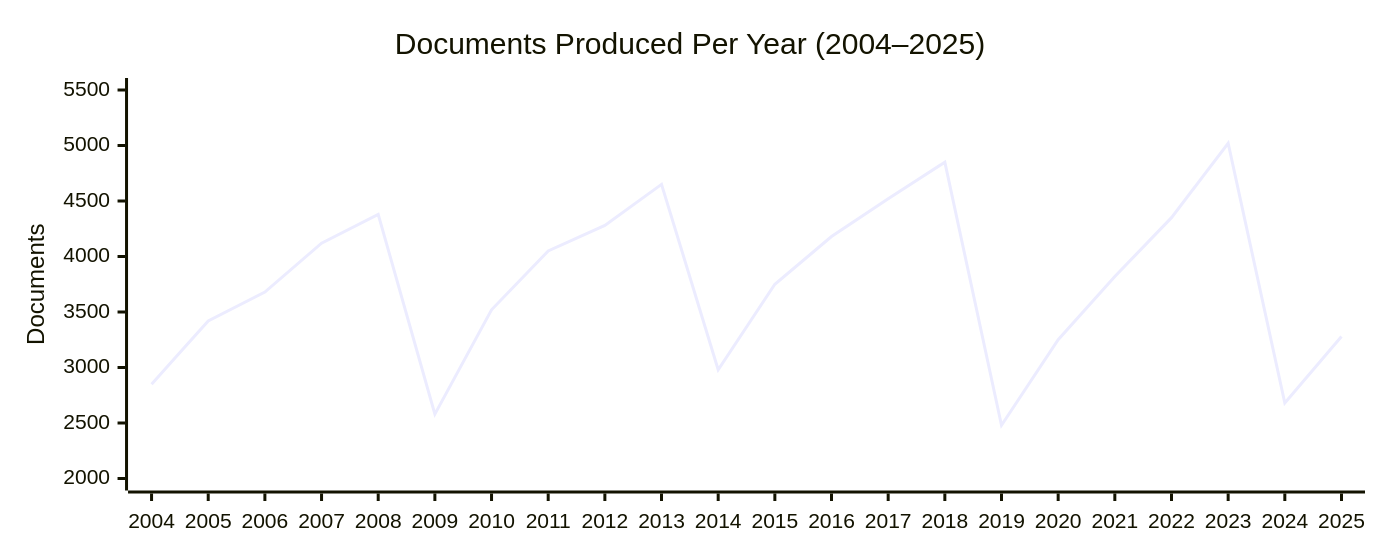
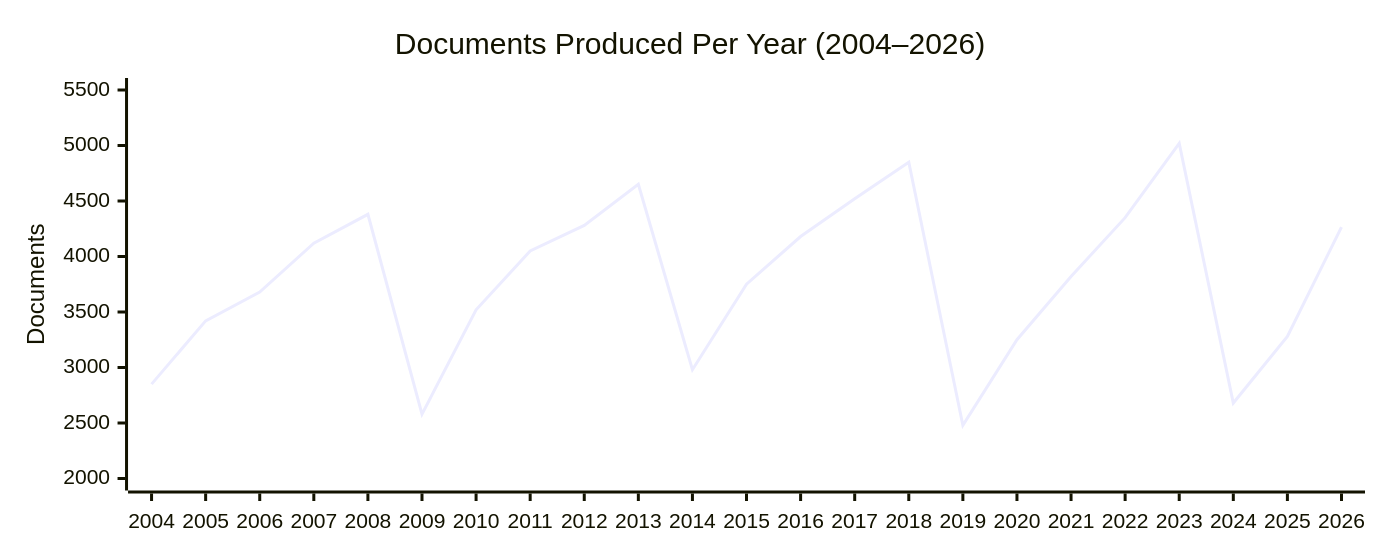
Before and after one commit to Hack23/European-Parliament-MCP-Server: diagram 19 of 21 in api-markdown/_media/EP_POLITICAL_LANDSCAPE.md, drawn with Mermaid. The commit also changed other lines of this file and 1437 other files, not shown here.

````diff
--- a/api-markdown/_media/EP_POLITICAL_LANDSCAPE.md
+++ b/api-markdown/_media/EP_POLITICAL_LANDSCAPE.md
@@ -483,13 +485,13 @@
 ```mermaid
 ---
 config:
   xyChart:
     width: 900
     height: 350
 ---
 xychart-beta
-    title "Documents Produced Per Year (2004–2025)"
-    x-axis [2004, 2005, 2006, 2007, 2008, 2009, 2010, 2011, 2012, 2013, 2014, 2015, 2016, 2017, 2018, 2019, 2020, 2021, 2022, 2023, 2024, 2025]
+    title "Documents Produced Per Year (2004–2026)"
+    x-axis [2004, 2005, 2006, 2007, 2008, 2009, 2010, 2011, 2012, 2013, 2014, 2015, 2016, 2017, 2018, 2019, 2020, 2021, 2022, 2023, 2024, 2025, 2026]
     y-axis "Documents" 2000 --> 5500
-    line [2850, 3420, 3680, 4120, 4380, 2580, 3520, 4050, 4280, 4650, 2980, 3750, 4180, 4520, 4850, 2480, 3250, 3820, 4350, 5020, 2680, 3280]
+    line [2850, 3420, 3680, 4120, 4380, 2580, 3520, 4050, 4280, 4650, 2980, 3750, 4180, 4520, 4850, 2480, 3250, 3820, 4350, 5020, 2680, 3280, 4265]
 ```
````
